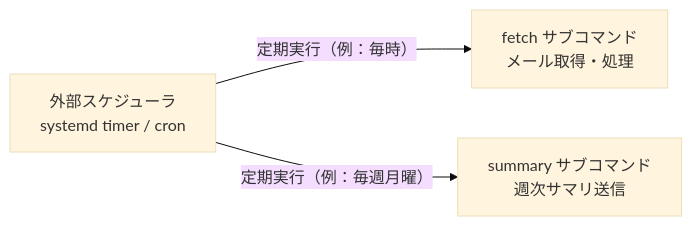
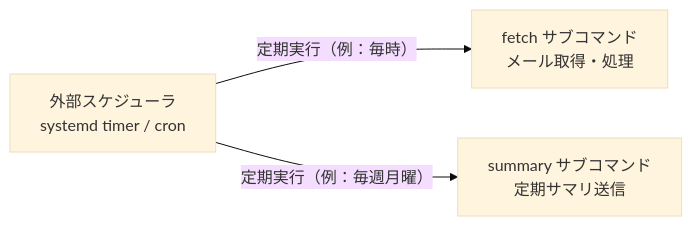
Before and after one commit to isseis/tlsrpt-digest: the second of 2 diagrams in docs/overview.ja.md, drawn with Mermaid (base theme). The commit also changed other lines of this file and 2 other files, not shown here.

````diff
--- a/docs/overview.ja.md
+++ b/docs/overview.ja.md
@@ -50,9 +50,9 @@
 ```mermaid
 flowchart LR
     S["外部スケジューラ<br>systemd timer / cron"]
     Poll["fetch サブコマンド<br>メール取得・処理"]
-    Summary["summary サブコマンド<br>週次サマリ送信"]
+    Summary["summary サブコマンド<br>定期サマリ送信"]
 
     S -->|"定期実行（例：毎時）"| Poll
     S -->|"定期実行（例：毎週月曜）"| Summary
 ```
````
